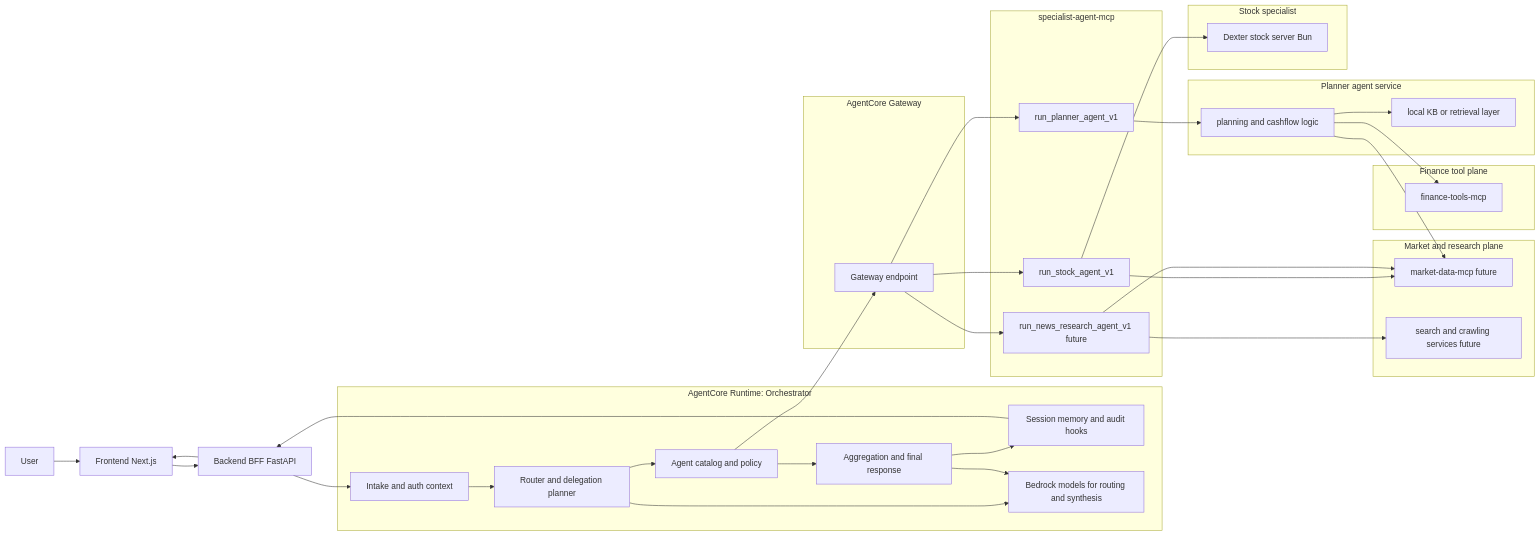
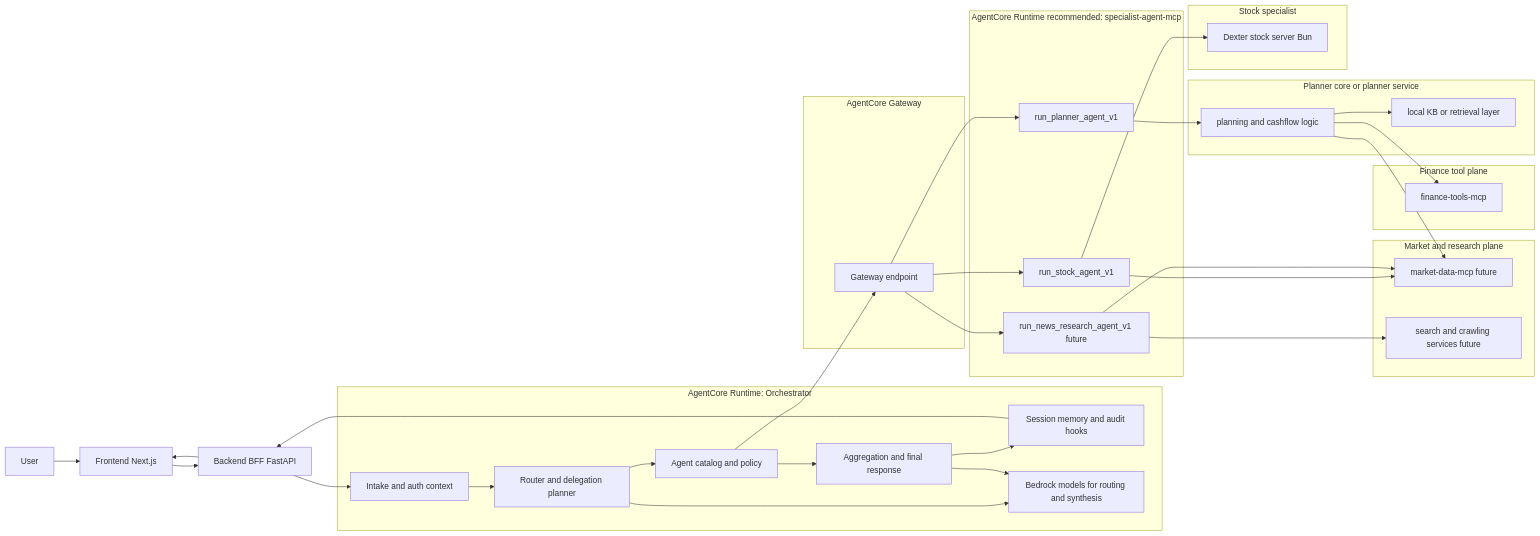
Before and after one commit to thphuc06/swin_hackathon: the first of 4 diagrams in MULTI_AGENT_SPECIALIST_MCP_ARCHITECTURE.md, drawn with Mermaid. The commit also changed other lines of this file and 2 other files, not shown here.

Commit message:
docs: clarify AgentCore Runtime MCP hosting and add finance MCP migration guide

````diff
--- a/MULTI_AGENT_SPECIALIST_MCP_ARCHITECTURE.md
+++ b/MULTI_AGENT_SPECIALIST_MCP_ARCHITECTURE.md
@@ -32,69 +32,69 @@
 ```mermaid
 flowchart LR
     U[User]
     FE[Frontend Next.js]
     BFF[Backend BFF FastAPI]
 
     subgraph ORCH[AgentCore Runtime: Orchestrator]
         INTAKE[Intake and auth context]
         ROUTE[Router and delegation planner]
         CATALOG[Agent catalog and policy]
         SYNTH[Aggregation and final response]
         MEM[Session memory and audit hooks]
         MODEL[Bedrock models for routing and synthesis]
     end
 
     subgraph AWSGW[AgentCore Gateway]
         SGW[Gateway endpoint]
     end
 
-    subgraph SAMCP[specialist-agent-mcp]
+    subgraph SAMCP[AgentCore Runtime recommended: specialist-agent-mcp]
         T1[run_planner_agent_v1]
         T2[run_stock_agent_v1]
         T3[run_news_research_agent_v1 future]
     end
 
     subgraph PLANE1[Finance tool plane]
         FMCP[finance-tools-mcp]
     end
 
     subgraph PLANE2[Market and research plane]
         MMCP[market-data-mcp future]
         SEARCH[search and crawling services future]
     end
 
-    subgraph PLANNER[Planner agent service]
+    subgraph PLANNER[Planner core or planner service]
         PCORE[planning and cashflow logic]
         PKB[local KB or retrieval layer]
     end
 
     subgraph STOCK[Stock specialist]
         DEXTER[Dexter stock server Bun]
     end
 
     U --> FE --> BFF --> INTAKE
     INTAKE --> ROUTE
     ROUTE --> CATALOG
     CATALOG --> SYNTH
     ROUTE --> MODEL
     SYNTH --> MODEL
     SYNTH --> MEM
     MEM --> BFF
     BFF --> FE
 
     CATALOG --> SGW
     SGW --> T1
     SGW --> T2
     SGW --> T3
 
     T1 --> PCORE
     PCORE --> FMCP
     PCORE --> PKB
     PCORE --> MMCP
 
     T2 --> DEXTER
     T2 --> MMCP
 
     T3 --> SEARCH
     T3 --> MMCP
 ```
````
